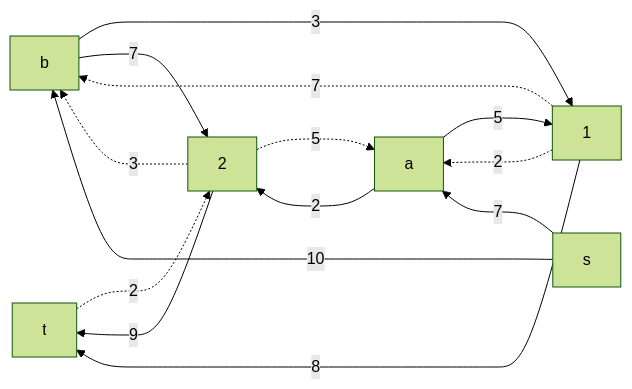
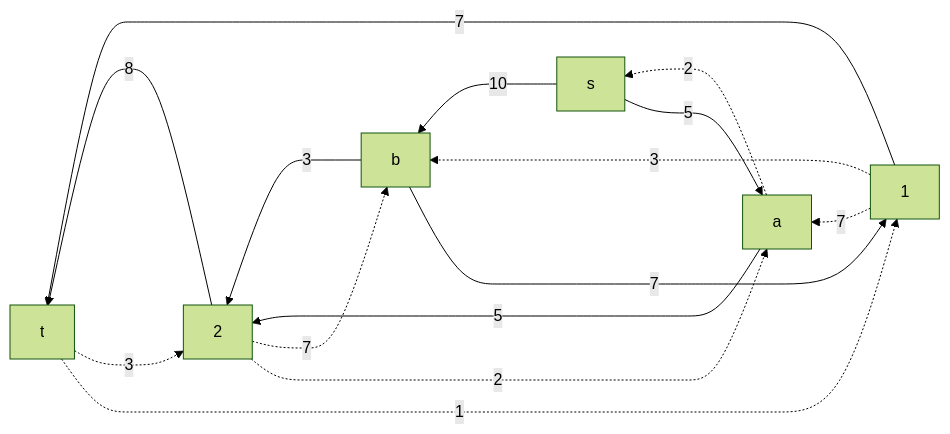
Before and after one commit to hse-algo-24-crow/manual-tasks-crow: the tenth of 18 diagrams in task-11-plus/winx.md, drawn with Mermaid (forest theme). The commit also changed other lines of this file, not shown here.

````diff
--- a/task-11-plus/winx.md
+++ b/task-11-plus/winx.md
@@ -58,15 +198,17 @@
 ```mermaid
 graph RL
-    s--->|7|a
+    s--->|5|a
+    a-.->|2|s
     s--->|10|b
-    a--->|5|1-.->|2|a
-    b--->|7|2
-    2-.->|3|b
-    a--->|2|2
-    2-.->|5|a
-    b--->|3|1
-    1-.->|7|b
-    1--->|8|t
-    2--->|9|t
-    t-.->|2|2
+    1-.->|7|a
+    b--->|3|2
+    2-.->|7|b
+    a--->|5|2
+    2-.->|2|a
+    1-.->|3|b
+    b--->|7|1
+    1--->|7|t
+    2--->|8|t
+    t-.->|3|2
+    t-.->|1|1
 ```
````
